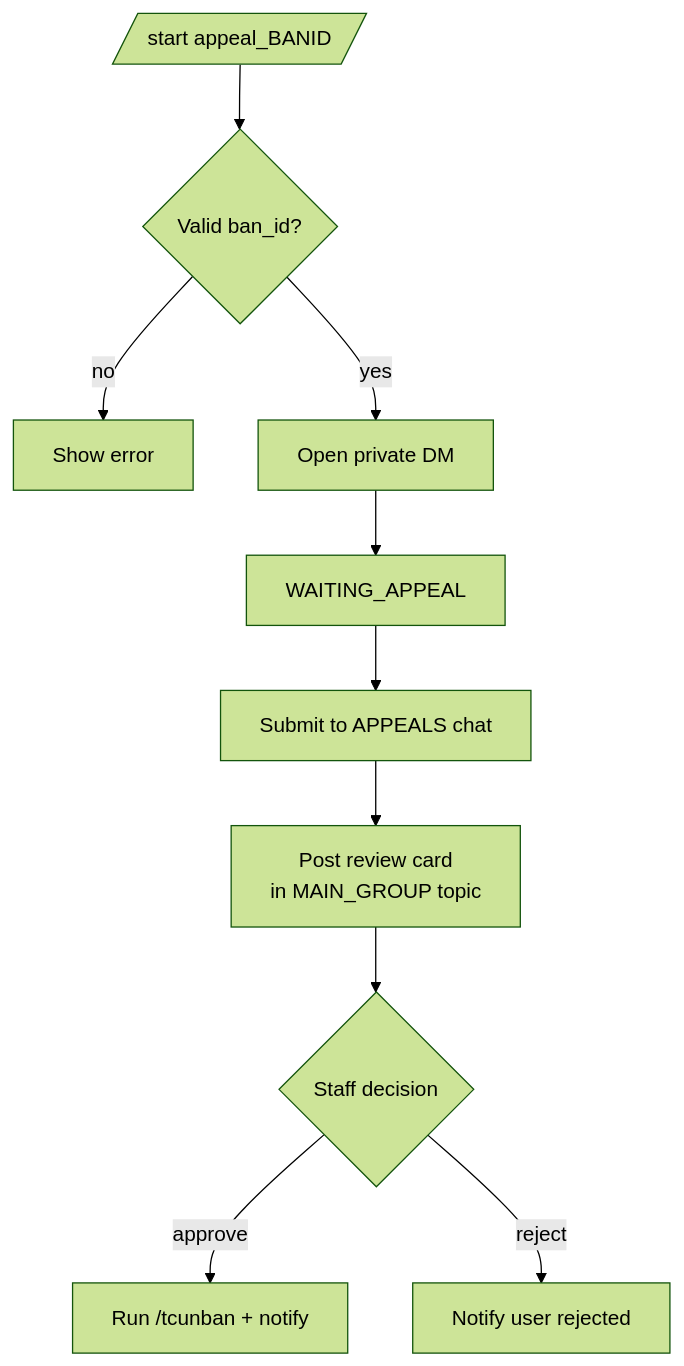
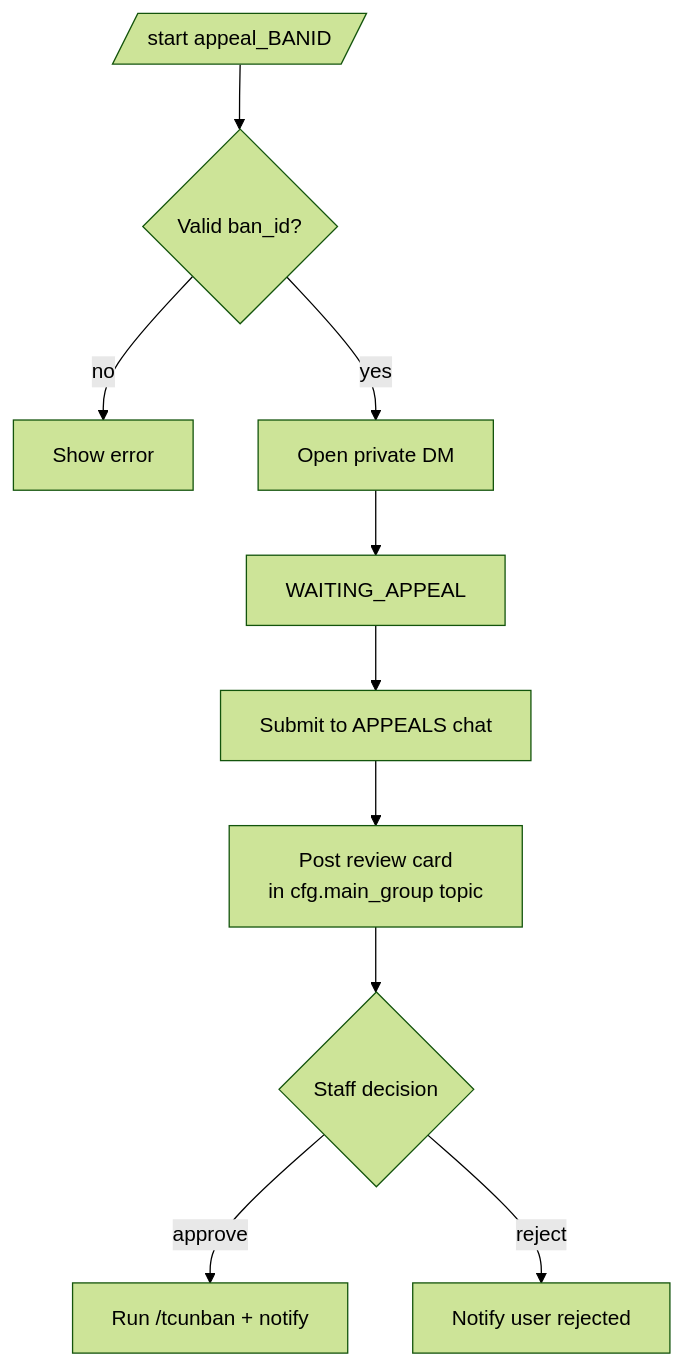
Before and after one commit to D1ZZY4/tcbot: the diagram in docs/features/appeals.md, drawn with Mermaid (forest theme). The commit also changed 21 other files, not shown here.

````diff
--- a/docs/features/appeals.md
+++ b/docs/features/appeals.md
@@ -11,12 +11,12 @@
 ```mermaid
 flowchart TD
     DeepLink[/start appeal_BANID/] --> Validate{Valid ban_id?}
     Validate -->|no| Reject[Show error]
     Validate -->|yes| DM[Open private DM]
     DM --> Reason[WAITING_APPEAL]
     Reason --> Submit[Submit to APPEALS chat]
-    Submit --> ReviewCard[Post review card<br/>in MAIN_GROUP topic]
+    Submit --> ReviewCard[Post review card<br/>in cfg.main_group topic]
     ReviewCard --> Decision{Staff decision}
     Decision -->|approve| Unban[Run /tcunban + notify]
     Decision -->|reject| Notify[Notify user rejected]
 ```
````
